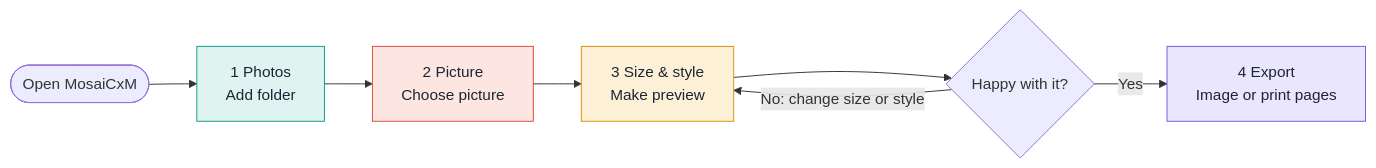
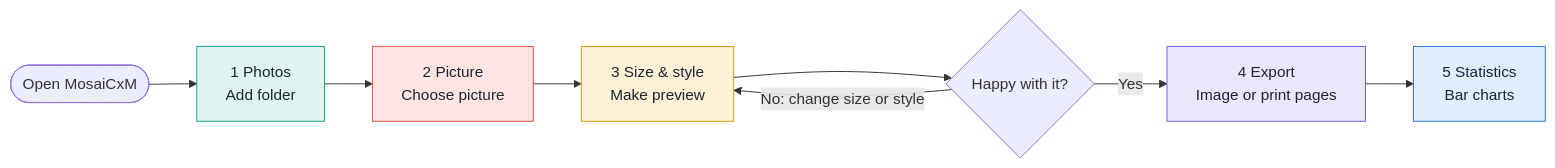
The diagram in README.md (nhth-mibu/MosaiCxM), drawn with Mermaid before and after one commit. The commit also changed other lines of this file and 4 other files, not shown here.

First line of the commit message:
Add a Statistics step with bar charts

````diff
--- a/README.md
+++ b/README.md
@@ -28,14 +29,16 @@
 ```mermaid
 flowchart LR
   A([Open MosaiCxM]) --> B["1 Photos<br/>Add folder"]
   B --> C["2 Picture<br/>Choose picture"]
   C --> D["3 Size & style<br/>Make preview"]
   D --> E{Happy with it?}
   E -- "No: change size or style" --> D
   E -- Yes --> F["4 Export<br/>Image or print pages"]
+  F --> G["5 Statistics<br/>Bar charts"]
 
   style B fill:#dff4f0,stroke:#0f9d8a,color:#1d2433
   style C fill:#fde5e2,stroke:#e2493d,color:#1d2433
   style D fill:#fcf0d6,stroke:#d99400,color:#1d2433
   style F fill:#e9e6fd,stroke:#6c5ce7,color:#1d2433
+  style G fill:#e0eefc,stroke:#2774d9,color:#1d2433
 ```
````
